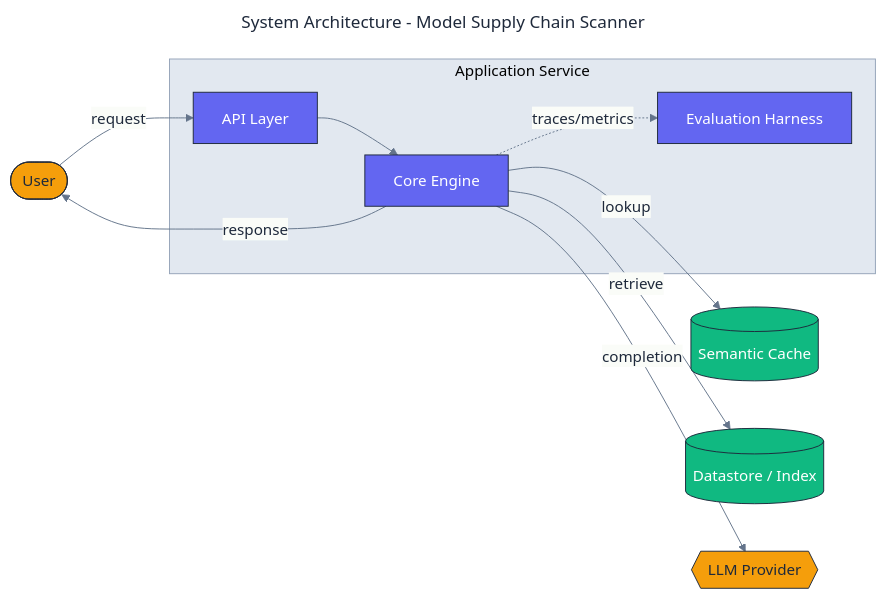
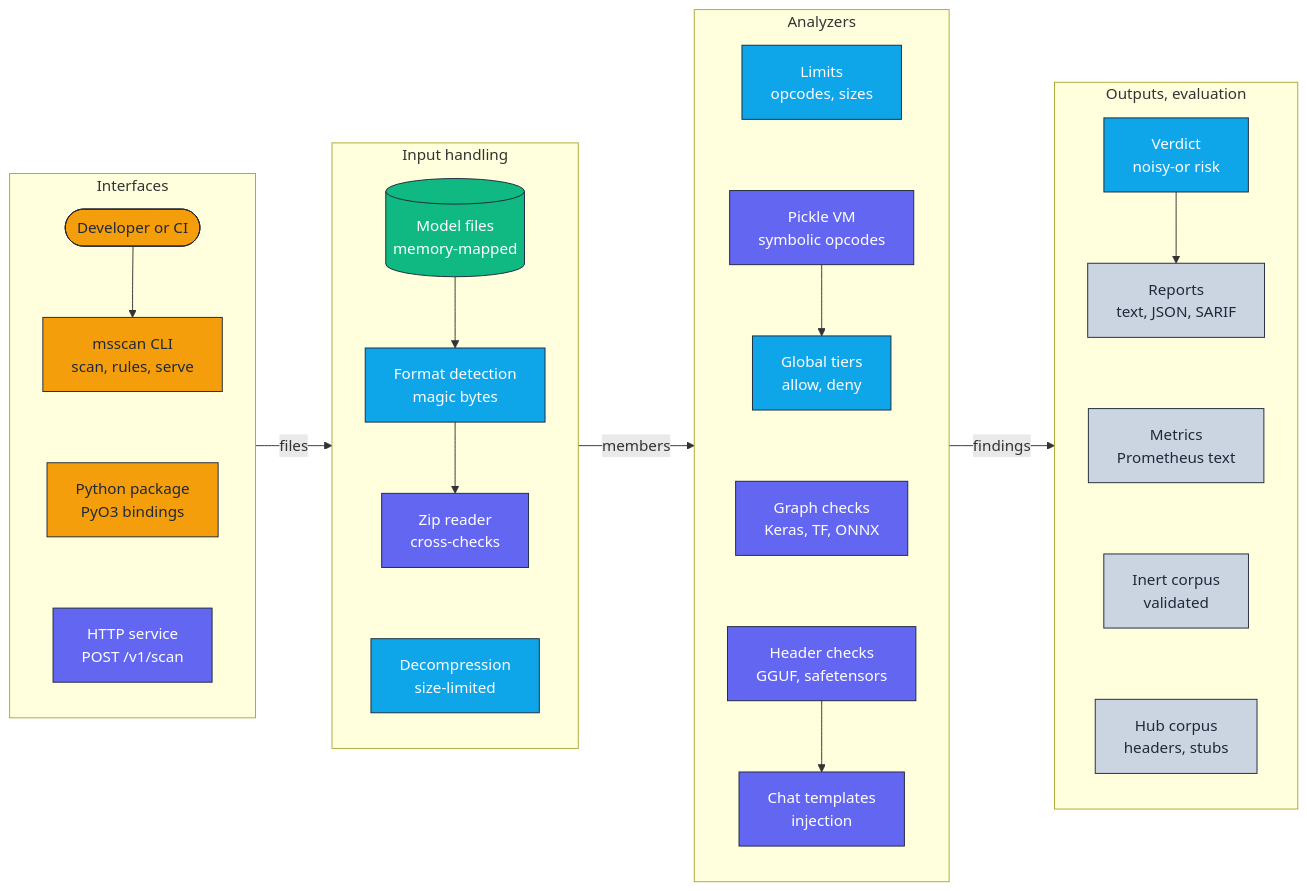
The diagram in docs/architecture/architecture.mmd (adeoluo/model-supply-chain-scanner), drawn with Mermaid before and after one commit. The commit also changed 55 other files, not shown here.

First line of the commit message:
feat: Hugging Face Hub corpus scan, speed benchmark, GitHub Action and release workflow (#5)

```diff
--- a/docs/architecture/architecture.mmd
+++ b/docs/architecture/architecture.mmd
@@ -1,38 +1,49 @@
----
-title: System Architecture - Model Supply Chain Scanner
-config:
-  theme: base
-  themeVariables:
-    fontFamily: "Inter, system-ui, sans-serif"
-    primaryColor: "#F8FAFC"
-    primaryBorderColor: "#1E293B"
-    primaryTextColor: "#1E293B"
-    lineColor: "#64748B"
-    clusterBkg: "#E2E8F0"
-    clusterBorder: "#94A3B8"
----
 flowchart LR
+    classDef edge     fill:#F59E0B,stroke:#1E293B,color:#1E293B,stroke-width:1px;
     classDef core     fill:#6366F1,stroke:#1E293B,color:#ffffff,stroke-width:1px;
     classDef data     fill:#10B981,stroke:#1E293B,color:#ffffff,stroke-width:1px;
-    classDef external fill:#F59E0B,stroke:#1E293B,color:#1E293B,stroke-width:1px;
-    classDef danger   fill:#EF4444,stroke:#1E293B,color:#ffffff,stroke-width:1px;
+    classDef control  fill:#0EA5E9,stroke:#1E293B,color:#ffffff,stroke-width:1px;
+    classDef obs      fill:#CBD5E1,stroke:#1E293B,color:#1E293B,stroke-width:1px;
 
-    User([User]):::external
-
-    subgraph Application["Application Service"]
-        API[API Layer]:::core
-        Core[Core Engine]:::core
-        Evaluation[Evaluation Harness]:::core
+    subgraph Interfaces["Interfaces"]
+        direction TB
+        User([Developer or CI]):::edge
+        CLI["msscan CLI<br/>scan, rules, serve"]:::edge
+        Py["Python package<br/>PyO3 bindings"]:::edge
+        Service["HTTP service<br/>POST /v1/scan"]:::core
+        User --> CLI ~~~ Py ~~~ Service
     end
 
-    Cache[(Semantic Cache)]:::data
-    Store[(Datastore / Index)]:::data
-    LLM{{LLM Provider}}:::external
+    subgraph Input["Input handling"]
+        direction TB
+        Files[("Model files<br/>memory-mapped")]:::data
+        Sniff["Format detection<br/>magic bytes"]:::control
+        Zip["Zip reader<br/>cross-checks"]:::core
+        Decomp["Decompression<br/>size-limited"]:::control
+        Files --> Sniff --> Zip ~~~ Decomp
+    end
 
-    User -->|request| API
-    API --> Core
-    Core -->|lookup| Cache
-    Core -->|retrieve| Store
-    Core -->|completion| LLM
-    Core -.->|traces/metrics| Evaluation
-    Core -->|response| User
+    subgraph Analyzers["Analyzers"]
+        direction TB
+        VM["Pickle VM<br/>symbolic opcodes"]:::core
+        Policy["Global tiers<br/>allow, deny"]:::control
+        Graphs["Graph checks<br/>Keras, TF, ONNX"]:::core
+        Headers["Header checks<br/>GGUF, safetensors"]:::core
+        Jinja["Chat templates<br/>injection"]:::core
+        Limits["Limits<br/>opcodes, sizes"]:::control
+        Limits ~~~ VM --> Policy ~~~ Graphs ~~~ Headers --> Jinja
+    end
+
+    subgraph Out["Outputs, evaluation"]
+        direction TB
+        Reports["Reports<br/>text, JSON, SARIF"]:::obs
+        Metrics["Metrics<br/>Prometheus text"]:::obs
+        Bench["Inert corpus<br/>validated"]:::obs
+        Hub["Hub corpus<br/>headers, stubs"]:::obs
+        Score["Verdict<br/>noisy-or risk"]:::control
+        Score --> Reports ~~~ Metrics ~~~ Bench ~~~ Hub
+    end
+
+    Interfaces -->|files| Input
+    Input -->|members| Analyzers
+    Analyzers -->|findings| Out
```
